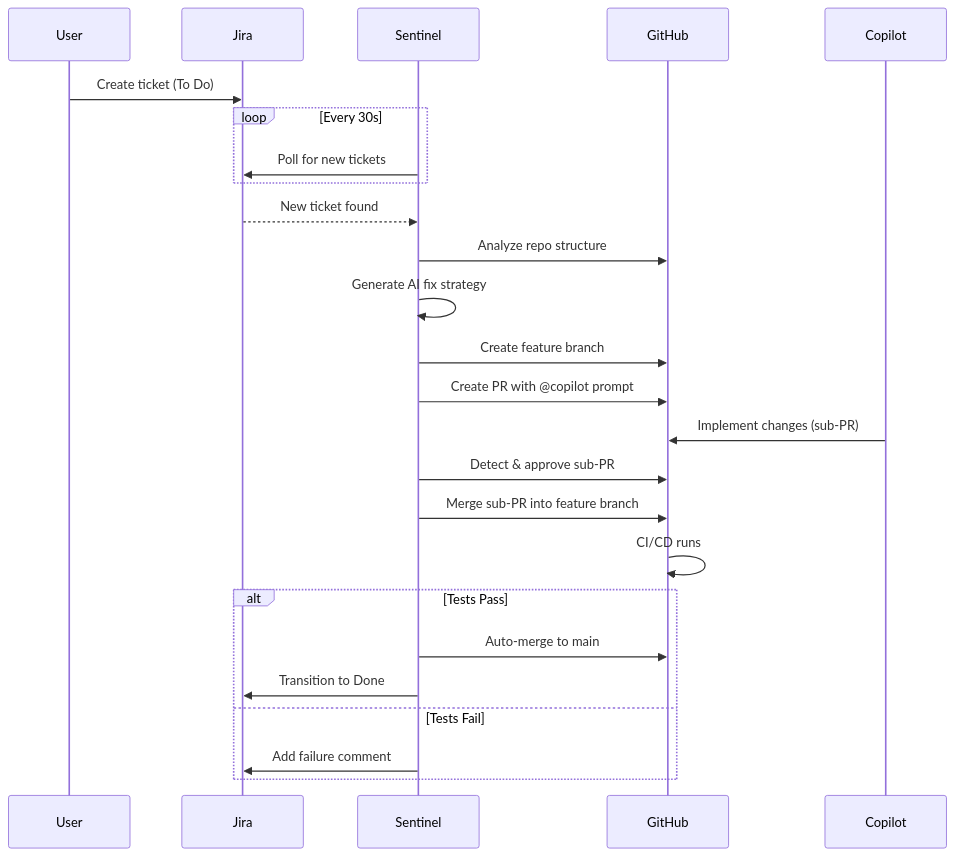
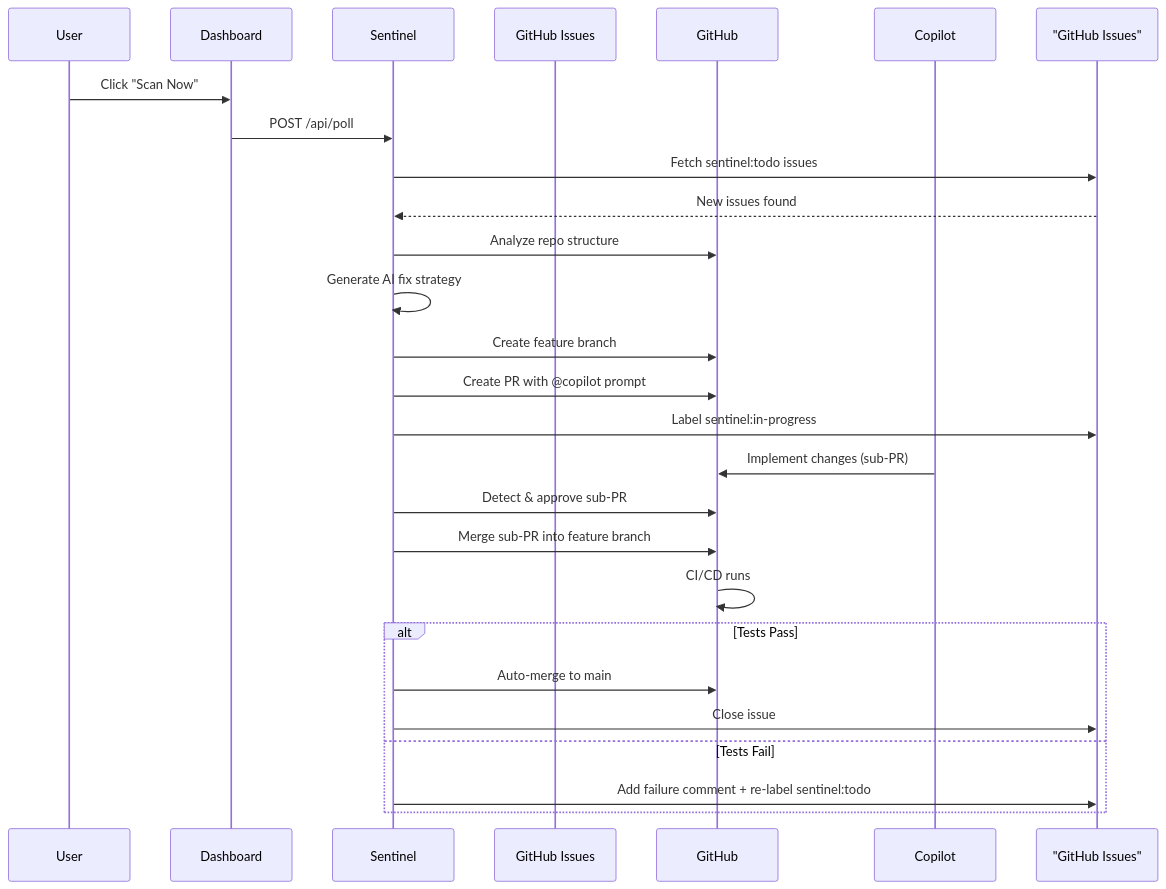
The third of 3 diagrams in README.md (Unigalactix/SENTINEL), drawn with Mermaid before and after one commit. The commit also changed other lines of this file and 4 other files, not shown here.

First line of the commit message:
docs: update README, CHANGELOG, and docs for v3.0.0 GitHub Issues migration and manual scan model

````diff
--- a/README.md
+++ b/README.md
@@ -197,31 +199,32 @@
 ```mermaid
 sequenceDiagram
     participant User
-    participant Jira
+    participant Dashboard
     participant Sentinel
+    participant GitHub Issues
     participant GitHub
     participant Copilot
 
-    User->>Jira: Create ticket (To Do)
-    loop Every 30s
-        Sentinel->>Jira: Poll for new tickets
-    end
-    Jira-->>Sentinel: New ticket found
+    User->>Dashboard: Click "Scan Now"
+    Dashboard->>Sentinel: POST /api/poll
+    Sentinel->>"GitHub Issues": Fetch sentinel:todo issues
+    "GitHub Issues"-->>Sentinel: New issues found
     
     Sentinel->>GitHub: Analyze repo structure
     Sentinel->>Sentinel: Generate AI fix strategy
     Sentinel->>GitHub: Create feature branch
     Sentinel->>GitHub: Create PR with @copilot prompt
+    Sentinel->>"GitHub Issues": Label sentinel:in-progress
     
     Copilot->>GitHub: Implement changes (sub-PR)
     Sentinel->>GitHub: Detect & approve sub-PR
     Sentinel->>GitHub: Merge sub-PR into feature branch
     
     GitHub->>GitHub: CI/CD runs
     alt Tests Pass
         Sentinel->>GitHub: Auto-merge to main
-        Sentinel->>Jira: Transition to Done
+        Sentinel->>"GitHub Issues": Close issue
     else Tests Fail
-        Sentinel->>Jira: Add failure comment
+        Sentinel->>"GitHub Issues": Add failure comment + re-label sentinel:todo
     end
 ```
````
